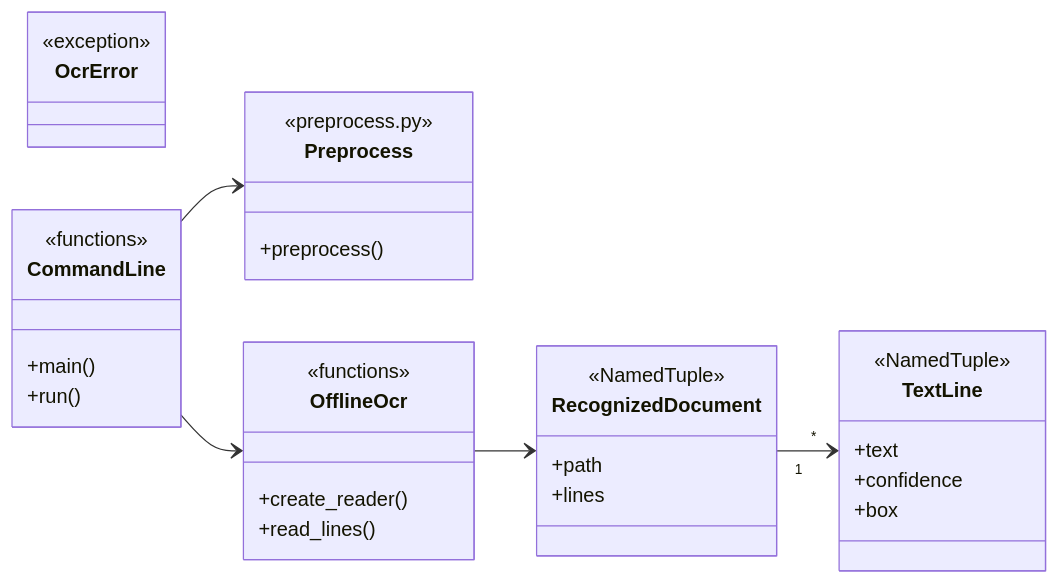
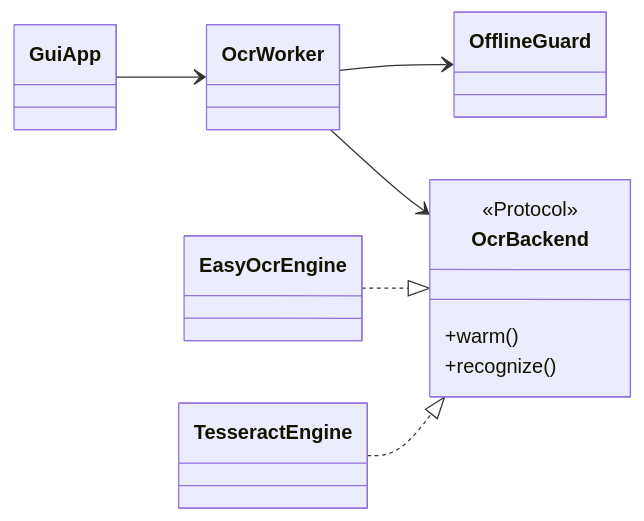
Before and after one commit to ursusandwolf/doc-photo-ocr: the second of 2 diagrams in README.md, drawn with Mermaid. The commit also changed other lines of this file and 10 other files, not shown here.

First line of the commit message:
Add Tesseract install, offline URL guard, and engine-switch fixes.

````diff
--- a/README.md
+++ b/README.md
@@ -123,36 +137,19 @@
 ```mermaid
 classDiagram
     direction LR
-    class OcrError {
-        <<exception>>
+    class GuiApp
+    class OcrWorker
+    class OcrBackend {
+        <<Protocol>>
+        +warm()
+        +recognize()
     }
-    class TextLine {
-        <<NamedTuple>>
-        +text
-        +confidence
-        +box
-    }
-    class RecognizedDocument {
-        <<NamedTuple>>
-        +path
-        +lines
-    }
-    class CommandLine {
-        <<functions>>
-        +main()
-        +run()
-    }
-    class Preprocess {
-        <<preprocess.py>>
-        +preprocess()
-    }
-    class OfflineOcr {
-        <<functions>>
-        +create_reader()
-        +read_lines()
-    }
-    RecognizedDocument "1" --> "*" TextLine
-    CommandLine --> Preprocess
-    CommandLine --> OfflineOcr
-    OfflineOcr --> RecognizedDocument
+    class EasyOcrEngine
+    class TesseractEngine
+    class OfflineGuard
+    GuiApp --> OcrWorker
+    OcrWorker --> OcrBackend
+    OcrWorker --> OfflineGuard
+    EasyOcrEngine ..|> OcrBackend
+    TesseractEngine ..|> OcrBackend
 ```
````
